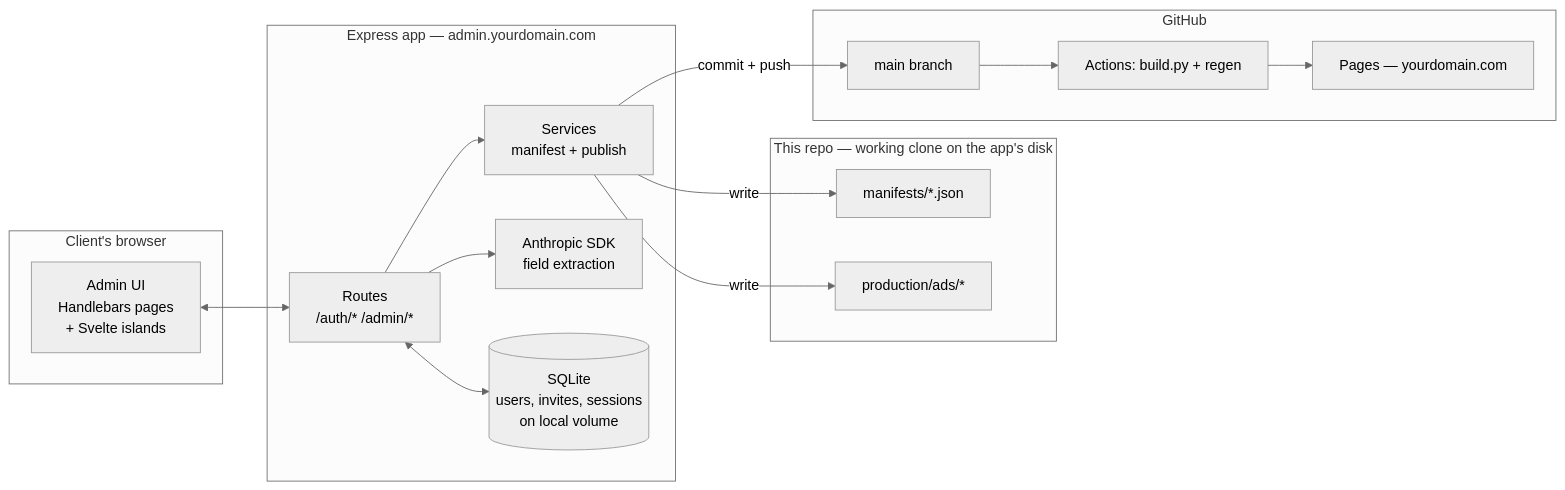
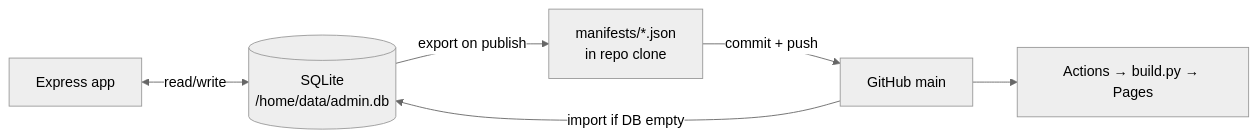
Before and after one commit to Cloudstrucc/automotive-studio: the second of 7 diagrams in docs/ADMIN_APP_PLAN.md, drawn with Mermaid (neutral theme). The commit also changed other lines of this file and 18 other files, not shown here.

````diff
--- a/docs/ADMIN_APP_PLAN.md
+++ b/docs/ADMIN_APP_PLAN.md
@@ -81,33 +109,8 @@
 ```mermaid
 flowchart LR
-  subgraph Client["Client's browser"]
-    UI["Admin UI<br/>Handlebars pages<br/>+ Svelte islands"]
-  end
-
-  subgraph App["Express app — admin.yourdomain.com"]
-    R["Routes<br/>/auth/* /admin/*"]
-    S["Services<br/>manifest + publish"]
-    A["Anthropic SDK<br/>field extraction"]
-    DB[("SQLite<br/>users, invites, sessions<br/>on local volume")]
-  end
-
-  subgraph Repo["This repo — working clone on the app's disk"]
-    M["manifests/*.json"]
-    IM["production/ads/*"]
-  end
-
-  subgraph GH["GitHub"]
-    G["main branch"]
-    W["Actions: build.py + regen"]
-    P["Pages — yourdomain.com"]
-  end
-
-  UI <--> R
-  R --> S
-  R --> A
-  R <--> DB
-  S -->|write| M
-  S -->|write| IM
-  S -->|commit + push| G
-  G --> W --> P
+  A["Express app"] <-->|read/write| B[("SQLite<br/>/home/data/admin.db")]
+  B -->|export on publish| C["manifests/*.json<br/>in repo clone"]
+  C -->|commit + push| D["GitHub main"]
+  D -->|import if DB empty| B
+  D --> E["Actions → build.py → Pages"]
 ```
````
